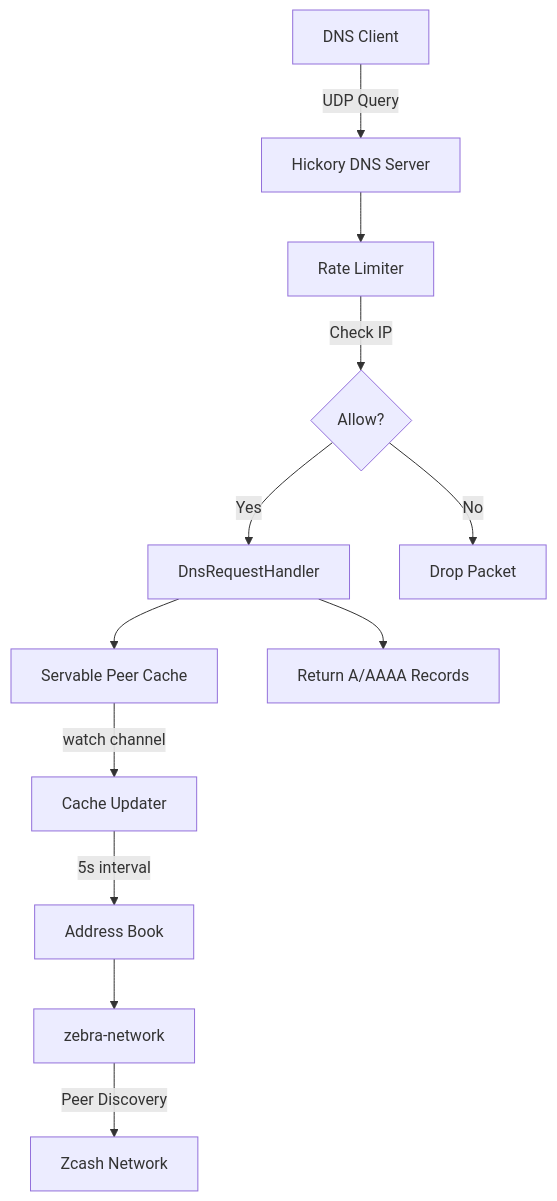
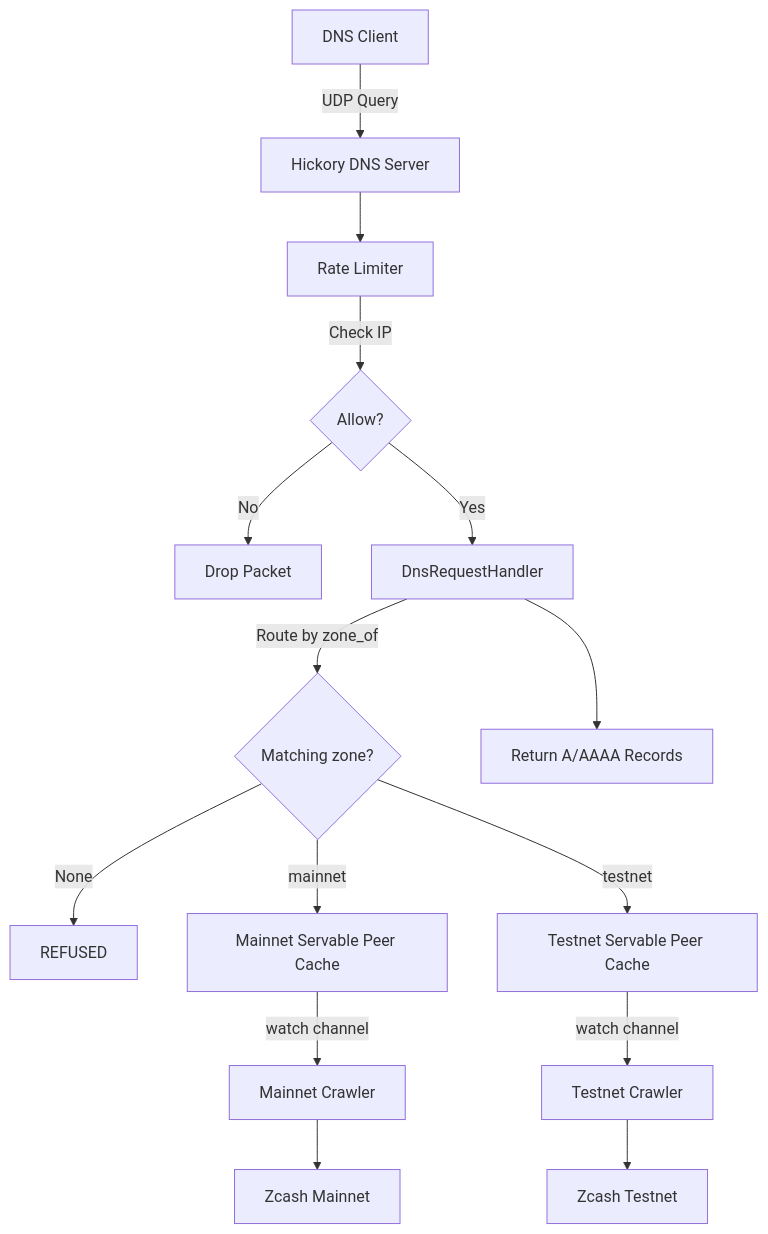
The first of 4 diagrams in docs/architecture.md (ZcashFoundation/zeeder), drawn with Mermaid before and after one commit. The commit also changed other lines of this file and 18 other files, not shown here.

Commit message:
feat(seeder): serve mainnet and testnet from one process (#46)

````diff
--- a/docs/architecture.md
+++ b/docs/architecture.md
@@ -7,14 +7,17 @@
 ```mermaid
 graph TD
     A[DNS Client] -->|UDP Query| B[Hickory DNS Server]
     B --> C[Rate Limiter]
     C -->|Check IP| D{Allow?}
+    D -->|No| F[Drop Packet]
     D -->|Yes| E[DnsRequestHandler]
-    D -->|No| F[Drop Packet]
-    E --> G[Servable Peer Cache]
-    G -->|watch channel| H[Cache Updater]
-    H -->|5s interval| I[Address Book]
-    I --> J[zebra-network]
-    J -->|Peer Discovery| K[Zcash Network]
+    E -->|Route by zone_of| Z{Matching zone?}
+    Z -->|None| R[REFUSED]
+    Z -->|mainnet| G1[Mainnet Servable Peer Cache]
+    Z -->|testnet| G2[Testnet Servable Peer Cache]
+    G1 -->|watch channel| H1[Mainnet Crawler]
+    G2 -->|watch channel| H2[Testnet Crawler]
+    H1 --> K[Zcash Mainnet]
+    H2 --> K2[Zcash Testnet]
     E --> L[Return A/AAAA Records]
 ```
````
